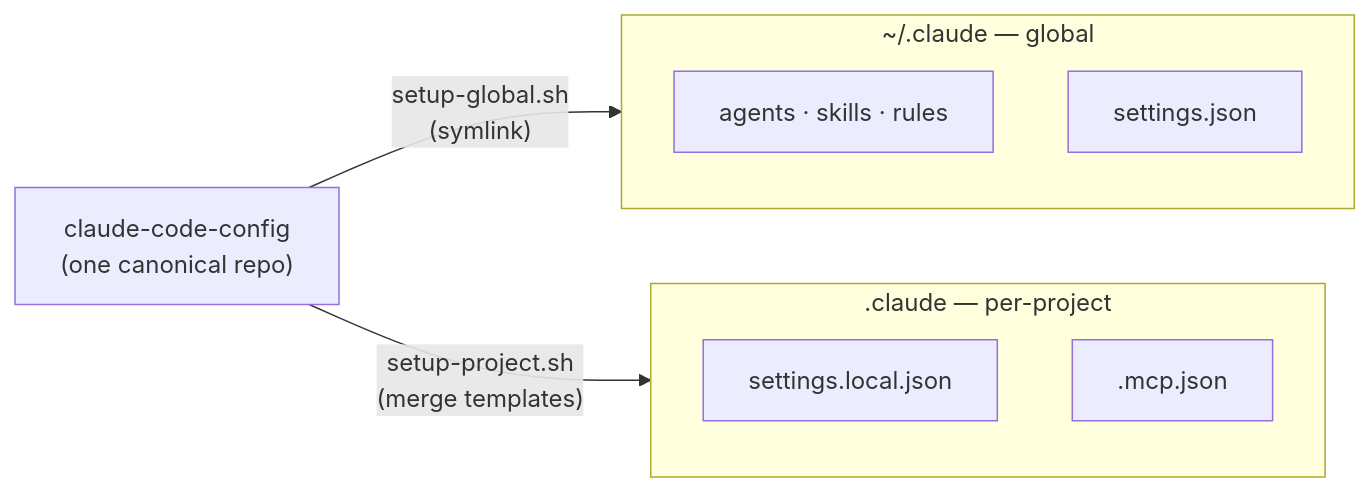
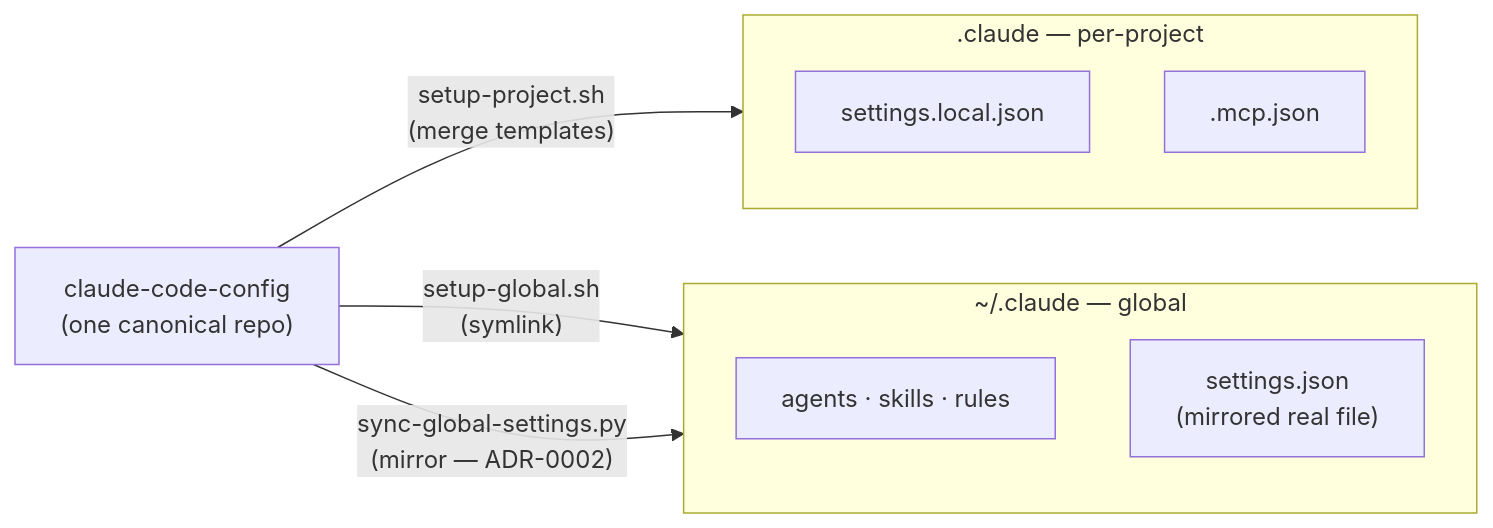
The diagram in README.md (edjchapman/claude-code-config), drawn with Mermaid before and after one commit. The commit also changed other lines of this file and 18 other files, not shown here.

First line of the commit message:
feat(scripts): mirror settings.json into ~/.claude instead of symlinking (#131)

````diff
--- a/README.md
+++ b/README.md
@@ -58,16 +58,17 @@
 ```mermaid
 flowchart LR
   repo["claude-code-config<br/>(one canonical repo)"]
   subgraph Global["~/.claude — global"]
     direction TB
     a["agents · skills · rules"]
-    set["settings.json"]
+    set["settings.json<br/>(mirrored real file)"]
   end
   subgraph Proj[".claude — per-project"]
     direction TB
     sl["settings.local.json"]
     mcp[".mcp.json"]
   end
-  repo -- "setup-global.sh<br/>(symlink)" --> Global
+  repo -- "setup-global.sh<br/>(symlink)" --> a
+  repo -- "sync-global-settings.py<br/>(mirror — ADR-0002)" --> set
   repo -- "setup-project.sh<br/>(merge templates)" --> Proj
 ```
````
